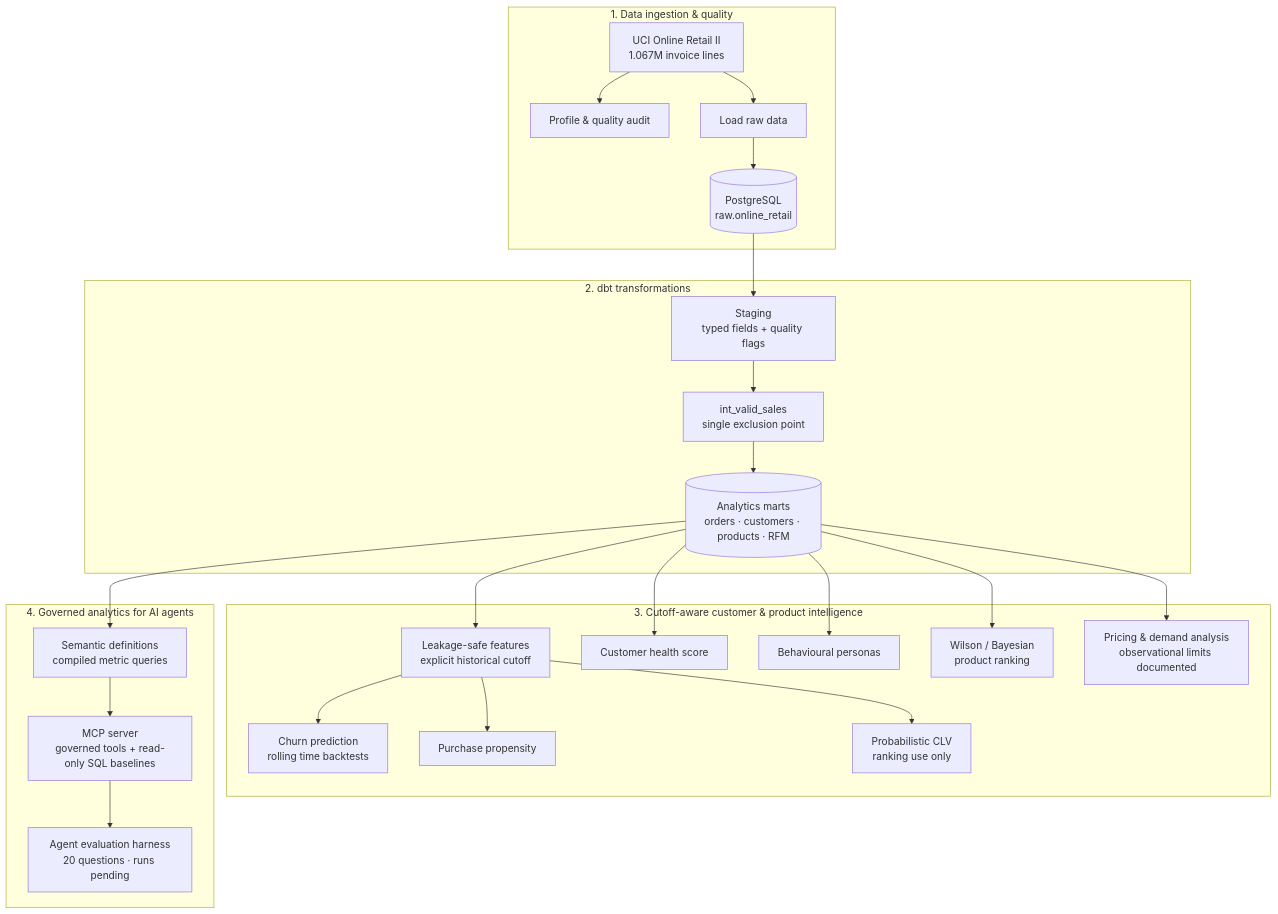
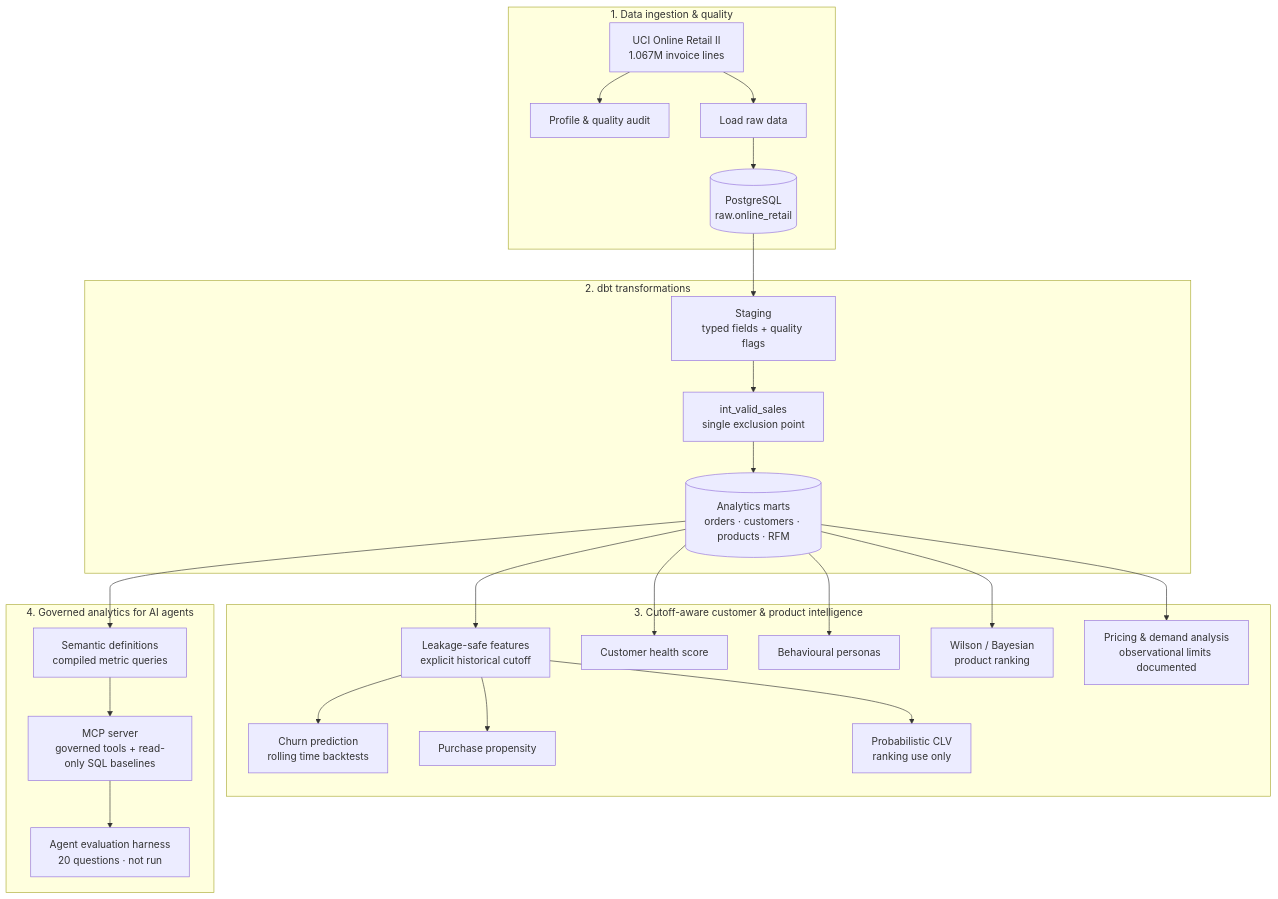
The diagram in README.md (nikitasharma1203/retainx), drawn with Mermaid before and after one commit. The commit also changed other lines of this file, not shown here.

````diff
--- a/README.md
+++ b/README.md
@@ -67,31 +76,31 @@
 ```mermaid
 flowchart TD
     subgraph Ingestion["1. Data ingestion & quality"]
         FILE["UCI Online Retail II<br/>1.067M invoice lines"] --> PROFILE["Profile & quality audit"]
         FILE --> LOAD["Load raw data"]
         LOAD --> RAW[("PostgreSQL<br/>raw.online_retail")]
     end
 
     subgraph Transform["2. dbt transformations"]
         RAW --> STG["Staging<br/>typed fields + quality flags"]
         STG --> VALID["int_valid_sales<br/>single exclusion point"]
         VALID --> MARTS[("Analytics marts<br/>orders · customers · products · RFM")]
     end
 
     subgraph Intelligence["3. Cutoff-aware customer & product intelligence"]
         MARTS --> FEATURES["Leakage-safe features<br/>explicit historical cutoff"]
         FEATURES --> CHURN["Churn prediction<br/>rolling time backtests"]
         FEATURES --> PROP["Purchase propensity"]
         FEATURES --> CLV["Probabilistic CLV<br/>ranking use only"]
         MARTS --> HEALTH["Customer health score"]
         MARTS --> PERSONAS["Behavioural personas"]
         MARTS --> RANK["Wilson / Bayesian<br/>product ranking"]
         MARTS --> PRICING["Pricing & demand analysis<br/>observational limits documented"]
     end
 
     subgraph Agent["4. Governed analytics for AI agents"]
         MARTS --> SEM["Semantic definitions<br/>compiled metric queries"]
         SEM --> MCP["MCP server<br/>governed tools + read-only SQL baselines"]
-        MCP --> EVAL["Agent evaluation harness<br/>20 questions · runs pending"]
+        MCP --> EVAL["Agent evaluation harness<br/>20 questions · not run"]
     end
 ```
````
